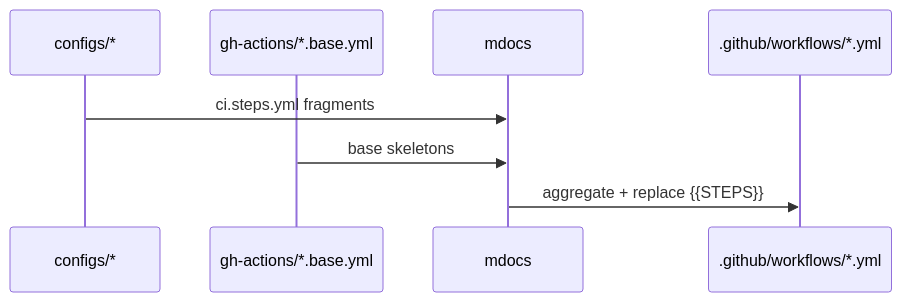
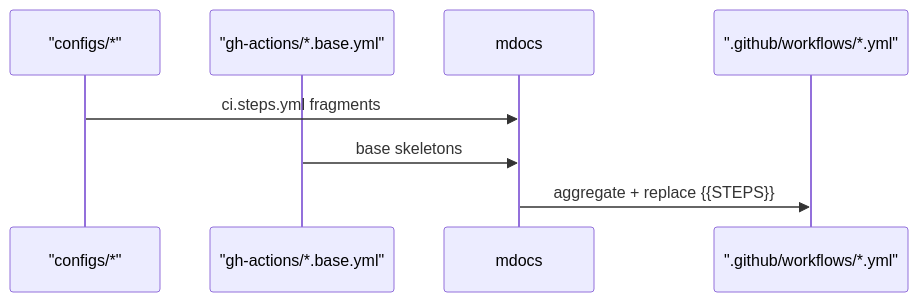
The second of 2 diagrams in configs/README.md (Archont561/ts-monorepo-template), drawn with Mermaid before and after one commit. The commit also changed other lines of this file and 7 other files, not shown here.

First line of the commit message:
fix(mermaid): quote labels containing * and /* to avoid lexical error

````diff
--- a/configs/README.md
+++ b/configs/README.md
@@ -59,11 +59,11 @@
 ```mermaid
 sequenceDiagram
-    participant C as configs/*
-    participant G as gh-actions/*.base.yml
+    participant C as "configs/*"
+    participant G as "gh-actions/*.base.yml"
     participant M as mdocs
-    participant W as .github/workflows/*.yml
+    participant W as ".github/workflows/*.yml"
 
     C->>M: ci.steps.yml fragments
     G->>M: base skeletons
     M->>W: aggregate + replace {{STEPS}}
 ```
````
